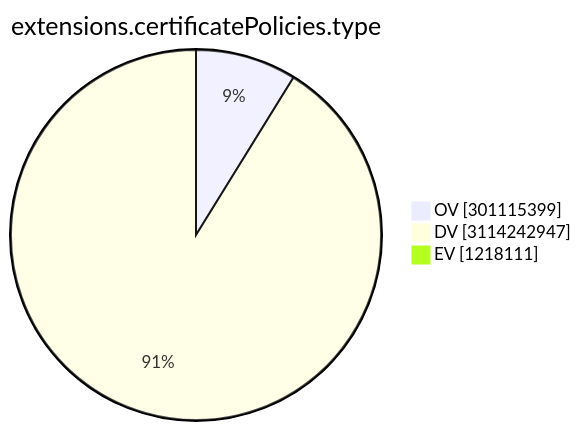
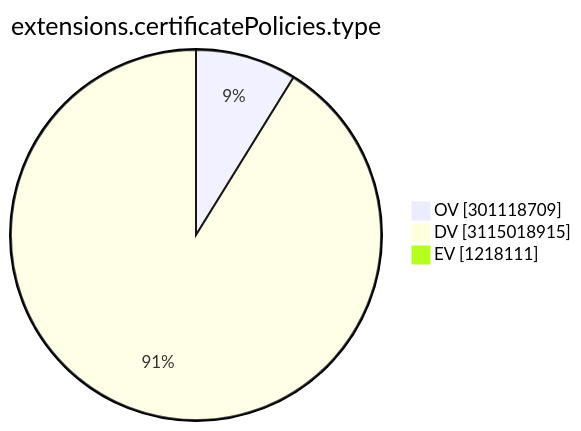
Before and after one commit to christiankrug/ctmonitor_visualization: the ninth of 15 diagrams in TOTAL/README.md, drawn with Mermaid. The commit also changed other lines of this file, not shown here.

````diff
--- a/TOTAL/README.md
+++ b/TOTAL/README.md
@@ -3103,7 +3103,7 @@
 ```mermaid
 pie showData
 title extensions.certificatePolicies.type
-"OV" :301115399
-"DV" :3114242947
+"OV" :301118709
+"DV" :3115018915
 "EV" :1218111
 ```
````
